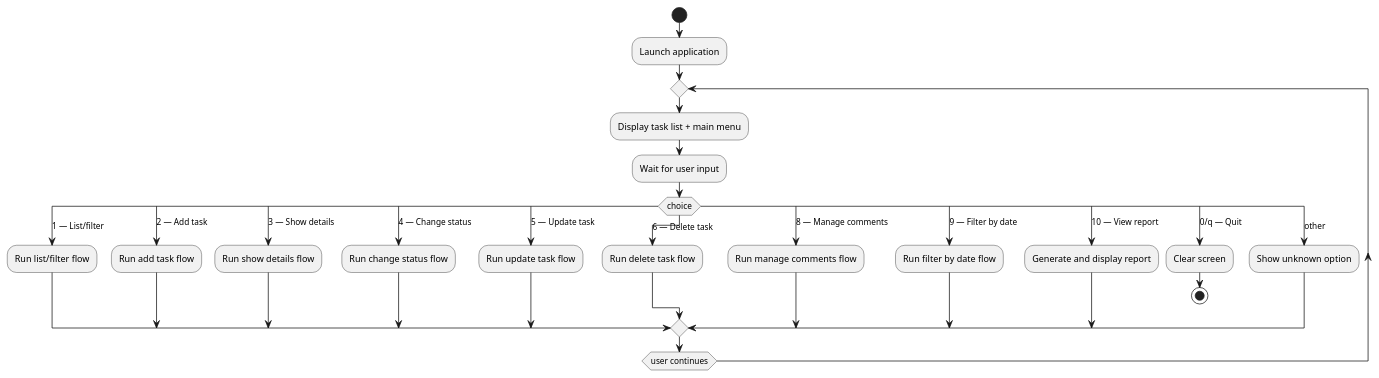
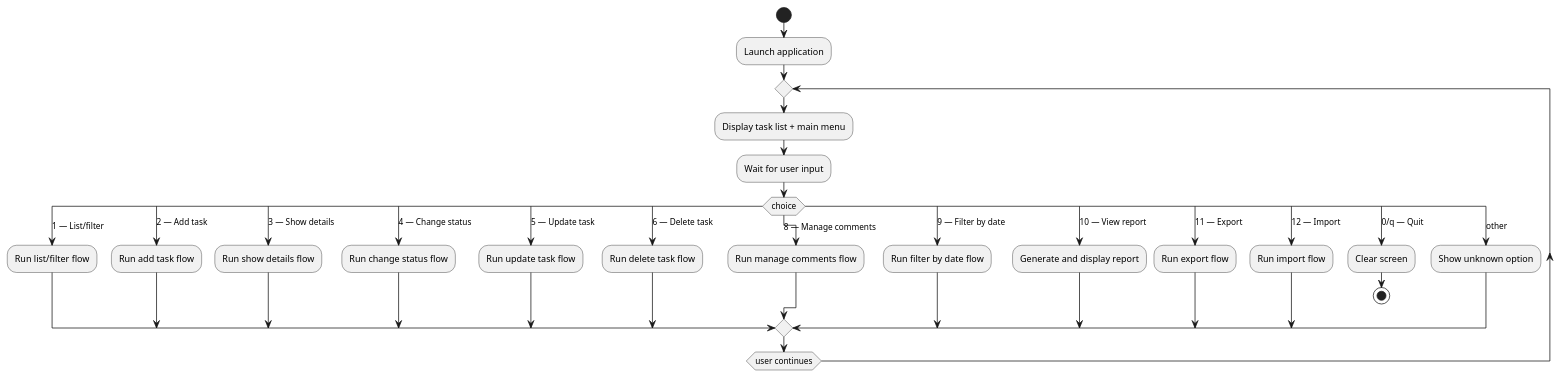
Before and after one commit to DanielRiha8906/Software_autoevolution_using_agents: the diagram in experiments/broadcast/user_stories/TODO/artifacts/activity_diagram.puml, drawn with PlantUML. The commit also changed 9 other files, not shown here.

```diff
--- a/experiments/broadcast/user_stories/TODO/artifacts/activity_diagram.puml
+++ b/experiments/broadcast/user_stories/TODO/artifacts/activity_diagram.puml
@@ -1,38 +1,42 @@
 @startuml
 
 start
 :Launch application;
 
 repeat
   :Display task list + main menu;
   :Wait for user input;
 
   switch (choice)
     case (1 — List/filter)
       :Run list/filter flow;
     case (2 — Add task)
       :Run add task flow;
     case (3 — Show details)
       :Run show details flow;
     case (4 — Change status)
       :Run change status flow;
     case (5 — Update task)
       :Run update task flow;
     case (6 — Delete task)
       :Run delete task flow;
     case (8 — Manage comments)
       :Run manage comments flow;
     case (9 — Filter by date)
       :Run filter by date flow;
     case (10 — View report)
       :Generate and display report;
+    case (11 — Export)
+      :Run export flow;
+    case (12 — Import)
+      :Run import flow;
     case (0/q — Quit)
       :Clear screen;
       stop
     case (other)
       :Show unknown option;
   endswitch
 
 repeat while (user continues)
 
 @enduml
```
